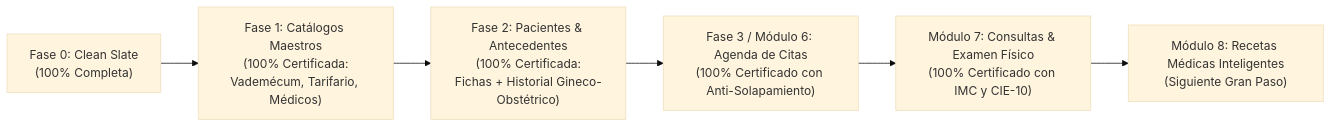
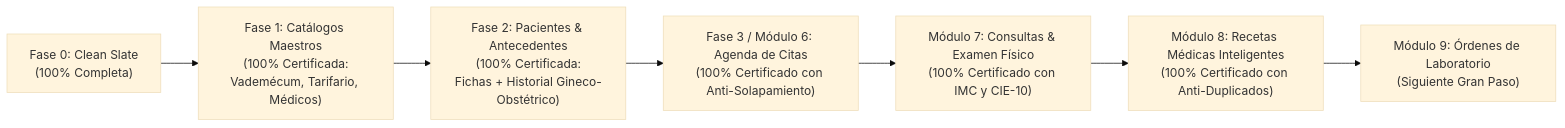
One commit to VinKE3/cendo-demo changed the diagram in docs/PROGRESS.md. Above: the diagram before and after it, drawn with Mermaid (base theme). The commit also changed other lines of this file and 9 other files, not shown here.

Commit message:
feat(recetas): modular architecture, dosage presets, anti-duplicate validator and certified smart prescriptions CRUD

````diff
--- a/docs/PROGRESS.md
+++ b/docs/PROGRESS.md
@@ -23,8 +23,9 @@
 ```mermaid
 flowchart LR
     Fase0["Fase 0: Clean Slate\n(100% Completa)"] --> Fase1["Fase 1: Catálogos Maestros\n(100% Certificada:\nVademécum, Tarifario, Médicos)"]
     Fase1 --> Fase2["Fase 2: Pacientes & Antecedentes\n(100% Certificada:\nFichas + Historial Gineco-Obstétrico)"]
     Fase2 --> Mod6["Fase 3 / Módulo 6: Agenda de Citas\n(100% Certificado con Anti-Solapamiento)"]
     Mod6 --> Mod7["Módulo 7: Consultas & Examen Físico\n(100% Certificado con IMC y CIE-10)"]
-    Mod7 --> Mod8["Módulo 8: Recetas Médicas Inteligentes\n(Siguiente Gran Paso)"]
+    Mod7 --> Mod8["Módulo 8: Recetas Médicas Inteligentes\n(100% Certificado con Anti-Duplicados)"]
+    Mod8 --> Mod9["Módulo 9: Órdenes de Laboratorio\n(Siguiente Gran Paso)"]
 ```
````
